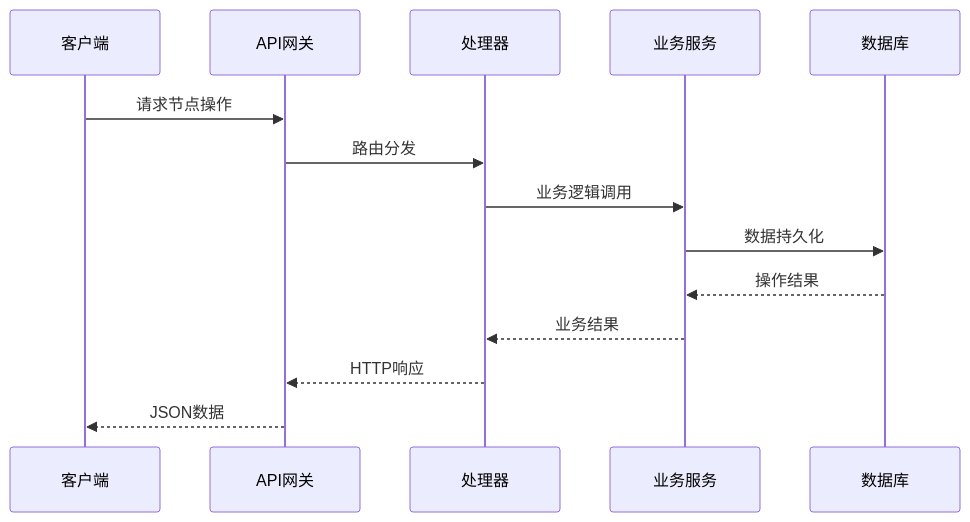
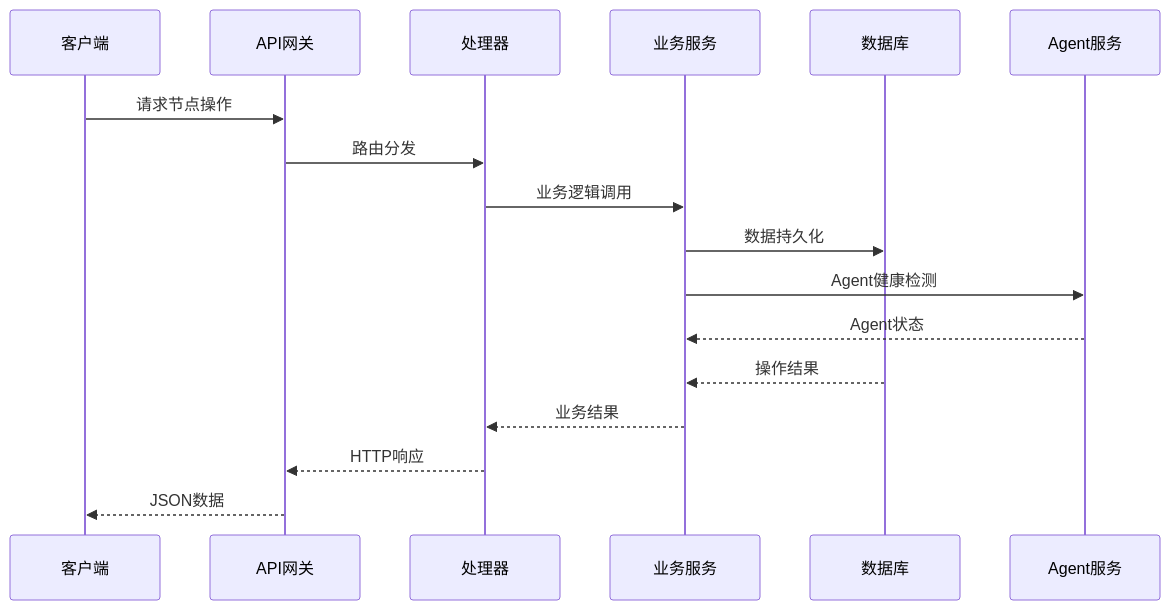
Before and after one commit to Liyuhao02/Jmeter-Admin: the third of 10 diagrams in .qoder/repowiki/zh/content/核心业务模块/Slave节点管理系统/Slave节点生命周期管理.md, drawn with Mermaid. The commit also changed other lines of this file and 34 other files, not shown here.

````diff
--- a/.qoder/repowiki/zh/content/核心业务模块/Slave节点管理系统/Slave节点生命周期管理.md
+++ b/.qoder/repowiki/zh/content/核心业务模块/Slave节点管理系统/Slave节点生命周期管理.md
@@ -143,16 +168,19 @@
 ```mermaid
 sequenceDiagram
 participant Client as 客户端
 participant API as API网关
 participant Handler as 处理器
 participant Service as 业务服务
 participant DB as 数据库
+participant Agent as Agent服务
 Client->>API : 请求节点操作
 API->>Handler : 路由分发
 Handler->>Service : 业务逻辑调用
 Service->>DB : 数据持久化
+Service->>Agent : Agent健康检测
+Agent-->>Service : Agent状态
 DB-->>Service : 操作结果
 Service-->>Handler : 业务结果
 Handler-->>API : HTTP响应
 API-->>Client : JSON数据
 ```
````
